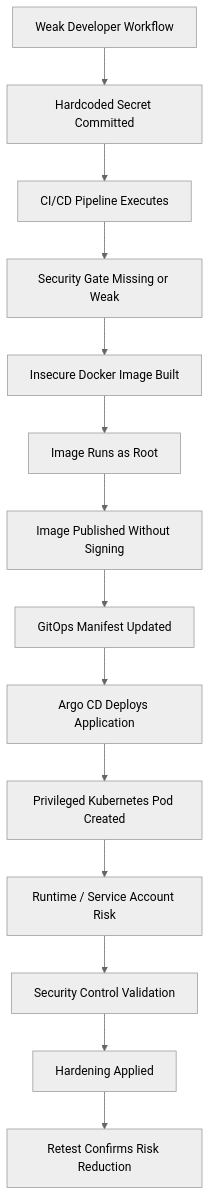
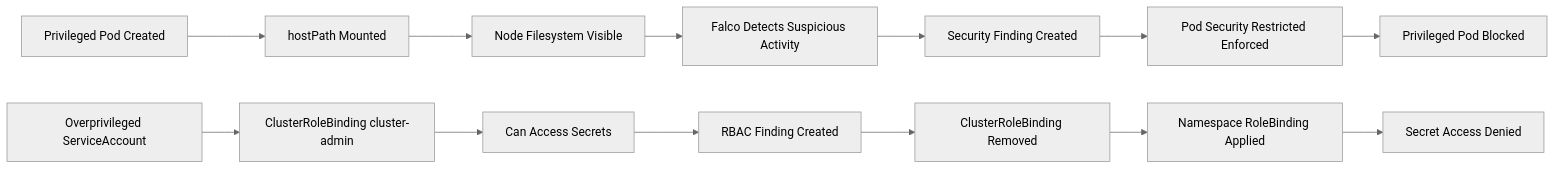
The fourth of 7 diagrams in README.md (Jazz00001/Enterprise-DevSecOps), drawn with Mermaid (neutral theme) before and after one commit. The commit also changed other lines of this file, not shown here.

````diff
--- a/README.md
+++ b/README.md
@@ -196,16 +490,16 @@
 ```mermaid
-flowchart TD
-    A[Weak Developer Workflow] --> B[Hardcoded Secret Committed]
-    B --> C[CI/CD Pipeline Executes]
-    C --> D[Security Gate Missing or Weak]
-    D --> E[Insecure Docker Image Built]
-    E --> F[Image Runs as Root]
-    F --> G[Image Published Without Signing]
-    G --> H[GitOps Manifest Updated]
-    H --> I[Argo CD Deploys Application]
-    I --> J[Privileged Kubernetes Pod Created]
-    J --> K[Runtime / Service Account Risk]
-    K --> L[Security Control Validation]
-    L --> M[Hardening Applied]
-    M --> N[Retest Confirms Risk Reduction]
+flowchart LR
+    A[Privileged Pod Created] --> B[hostPath Mounted]
+    B --> C[Node Filesystem Visible]
+    C --> D[Falco Detects Suspicious Activity]
+    D --> E[Security Finding Created]
+    E --> F[Pod Security Restricted Enforced]
+    F --> G[Privileged Pod Blocked]
+
+    H[Overprivileged ServiceAccount] --> I[ClusterRoleBinding cluster-admin]
+    I --> J[Can Access Secrets]
+    J --> K[RBAC Finding Created]
+    K --> L[ClusterRoleBinding Removed]
+    L --> M[Namespace RoleBinding Applied]
+    M --> N[Secret Access Denied]
 ```
````
